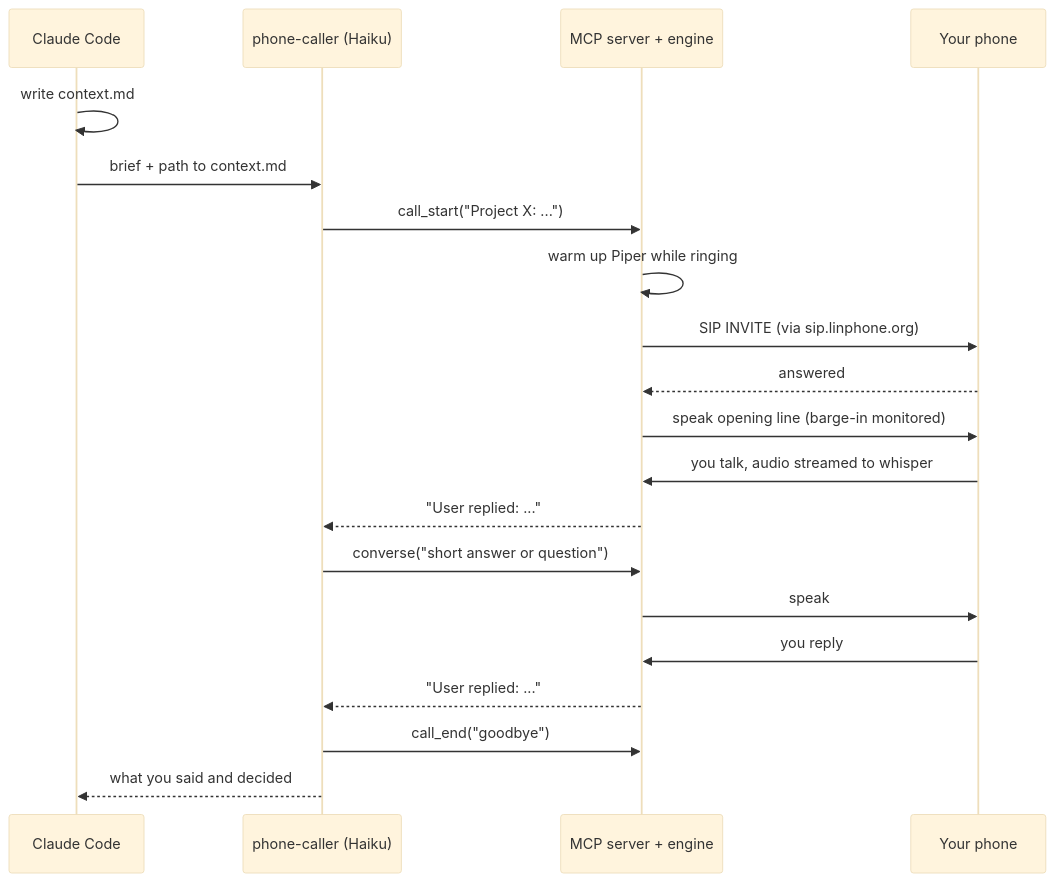
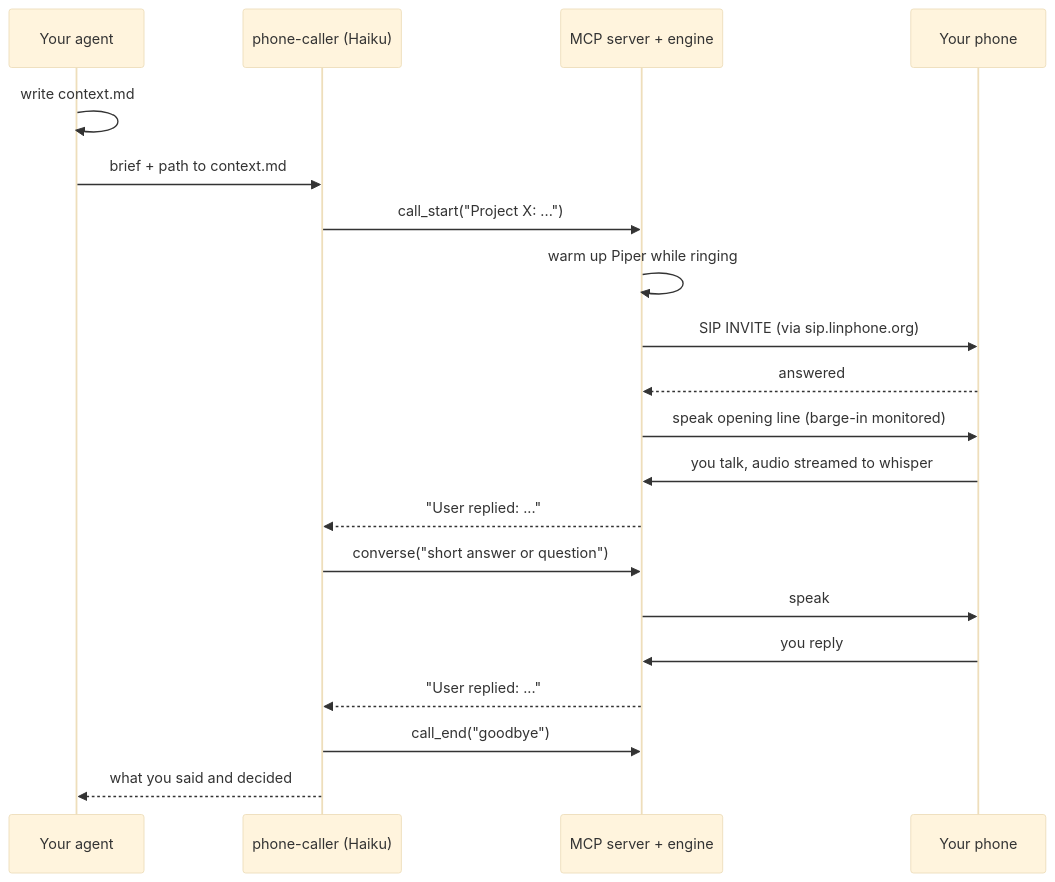
The second of 2 diagrams in docs/ARCHITECTURE.md (AladinAzz/Agent-hotline), drawn with Mermaid (base theme) before and after one commit. The commit also changed other lines of this file and 4 other files, not shown here.

````diff
--- a/docs/ARCHITECTURE.md
+++ b/docs/ARCHITECTURE.md
@@ -36,22 +36,22 @@
 ```mermaid
 sequenceDiagram
-    participant CC as Claude Code
+    participant CC as Your agent
     participant PC as phone-caller (Haiku)
     participant S as MCP server + engine
     participant P as Your phone
     CC->>CC: write context.md
     CC->>PC: brief + path to context.md
     PC->>S: call_start("Project X: ...")
     S->>S: warm up Piper while ringing
     S->>P: SIP INVITE (via sip.linphone.org)
     P-->>S: answered
     S->>P: speak opening line (barge-in monitored)
     P->>S: you talk, audio streamed to whisper
     S-->>PC: "User replied: ..."
     PC->>S: converse("short answer or question")
     S->>P: speak
     P->>S: you reply
     S-->>PC: "User replied: ..."
     PC->>S: call_end("goodbye")
     PC-->>CC: what you said and decided
 ```
````
